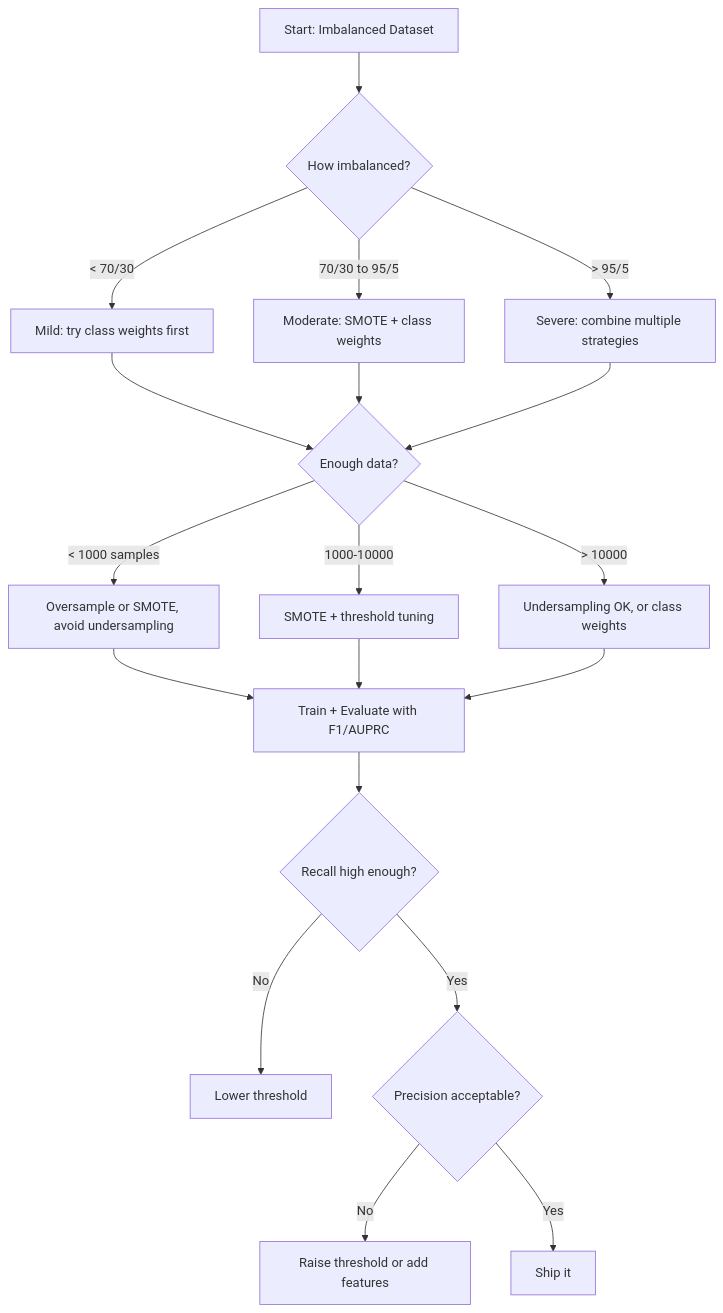
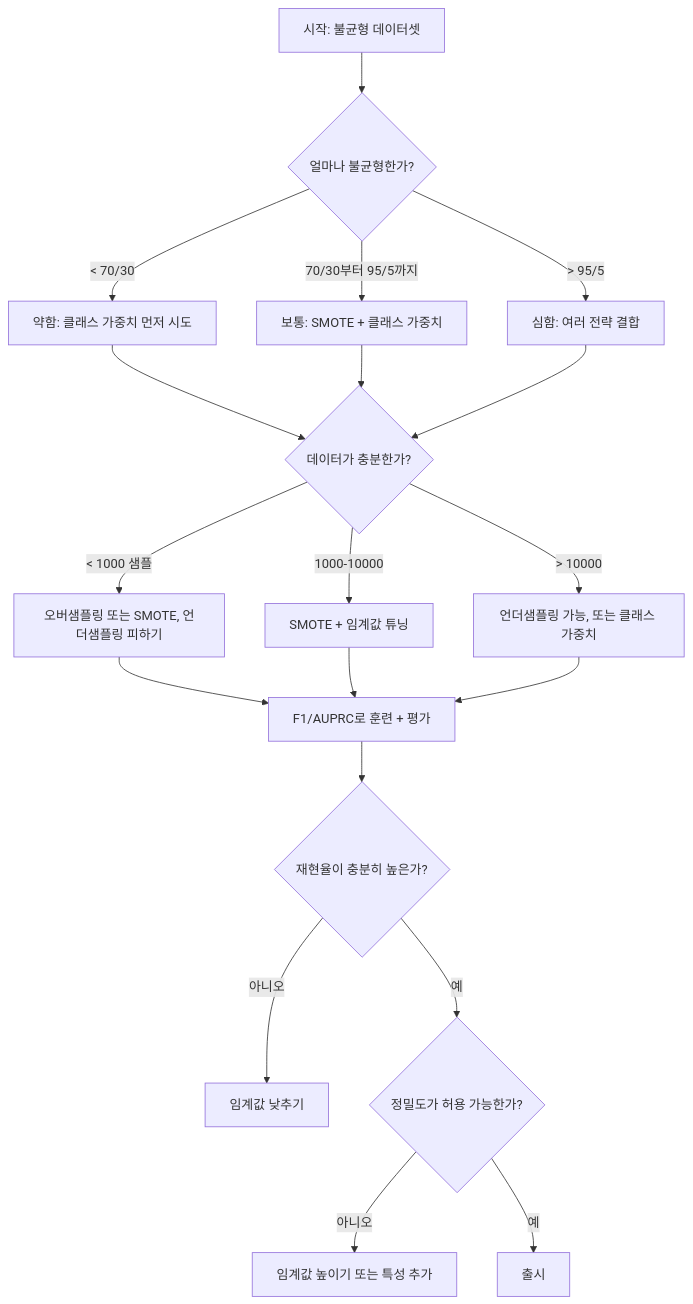
The fourth of 4 diagrams in phases/02-ml-fundamentals/17-imbalanced-data/docs/en.md (ChoBazzi/ai-engineering-from-scratch), drawn with Mermaid before and after one commit. The commit also changed other lines of this file and 868 other files, not shown here.

````diff
--- a/phases/02-ml-fundamentals/17-imbalanced-data/docs/en.md
+++ b/phases/02-ml-fundamentals/17-imbalanced-data/docs/en.md
@@ -192,21 +192,21 @@
 ```mermaid
 flowchart TD
-    A[Start: Imbalanced Dataset] --> B{How imbalanced?}
-    B -->|"< 70/30"| C["Mild: try class weights first"]
-    B -->|"70/30 to 95/5"| D["Moderate: SMOTE + class weights"]
-    B -->|"> 95/5"| E["Severe: combine multiple strategies"]
-    C --> F{Enough data?}
+    A[시작: 불균형 데이터셋] --> B{얼마나 불균형한가?}
+    B -->|"< 70/30"| C["약함: 클래스 가중치 먼저 시도"]
+    B -->|"70/30부터 95/5까지"| D["보통: SMOTE + 클래스 가중치"]
+    B -->|"> 95/5"| E["심함: 여러 전략 결합"]
+    C --> F{데이터가 충분한가?}
     D --> F
     E --> F
-    F -->|"< 1000 samples"| G["Oversample or SMOTE, avoid undersampling"]
-    F -->|"1000-10000"| H["SMOTE + threshold tuning"]
-    F -->|"> 10000"| I["Undersampling OK, or class weights"]
-    G --> J[Train + Evaluate with F1/AUPRC]
+    F -->|"< 1000 샘플"| G["오버샘플링 또는 SMOTE, 언더샘플링 피하기"]
+    F -->|"1000-10000"| H["SMOTE + 임계값 튜닝"]
+    F -->|"> 10000"| I["언더샘플링 가능, 또는 클래스 가중치"]
+    G --> J[F1/AUPRC로 훈련 + 평가]
     H --> J
     I --> J
-    J --> K{Recall high enough?}
-    K -->|No| L[Lower threshold]
-    K -->|Yes| M{Precision acceptable?}
-    M -->|No| N[Raise threshold or add features]
-    M -->|Yes| O[Ship it]
+    J --> K{재현율이 충분히 높은가?}
+    K -->|아니오| L[임계값 낮추기]
+    K -->|예| M{정밀도가 허용 가능한가?}
+    M -->|아니오| N[임계값 높이기 또는 특성 추가]
+    M -->|예| O[출시]
 ```
````
